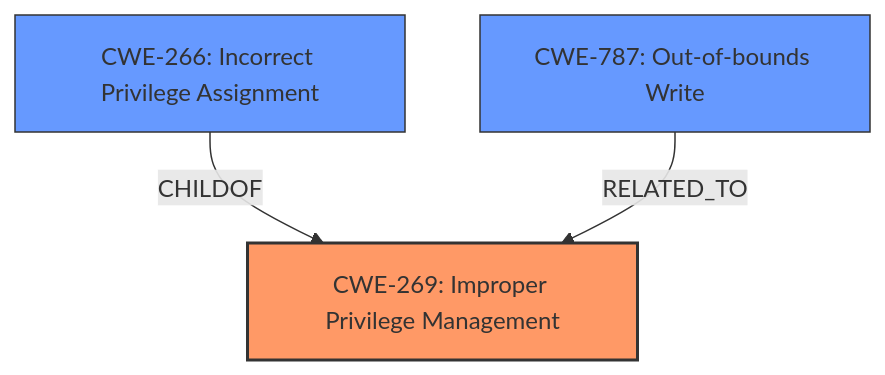
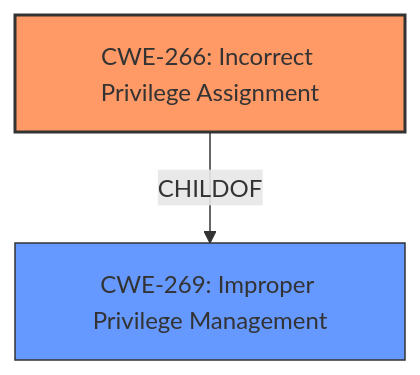
Before and after one commit to CyberSecAI/cwe_agent_assign_reports_2023: the diagram in CVE-2021-40449/CVE-2021-40449_analysis.md, drawn with Mermaid. The commit also changed other lines of this file and 902 other files, not shown here.

````diff
--- a/CVE-2021-40449/CVE-2021-40449_analysis.md
+++ b/CVE-2021-40449/CVE-2021-40449_analysis.md
@@ -20,15 +16,12 @@
 ```mermaid
 graph TD
+    cwe266["CWE-266: Incorrect Privilege Assignment"]
     cwe269["CWE-269: Improper Privilege Management"]
-    cwe266["CWE-266: Incorrect Privilege Assignment"]
-    cwe787["CWE-787: Out-of-bounds Write"]
 
     cwe266 -->|CHILDOF| cwe269
-    cwe787 -->|RELATED_TO| cwe269
-    
+
     classDef primary fill:#f96,stroke:#333,stroke-width:2px
     classDef secondary fill:#69f,stroke:#333
-    classDef tertiary fill:#9e9,stroke:#333
-    class cwe269 primary
-    class cwe787,cwe266 secondary
+    class cwe266 primary
+    class cwe269 secondary
 ```
````
